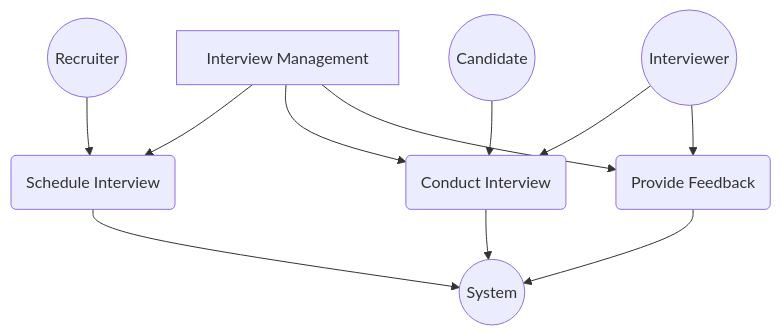
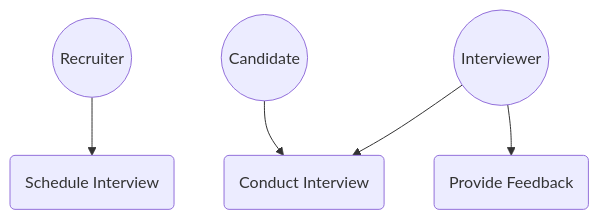
One commit to rgarciademarina/AI4Devs-design-rgm changed the seventh of 26 diagrams in LTI-JACA/LTI-JACA.md. Above: the diagram before and after it, drawn with Mermaid. The commit also changed other lines of this file and 1 other file, not shown here.

Commit message:
Improve diagrams after feedback provided in class to make them more consistent

````diff
--- a/LTI-JACA/LTI-JACA.md
+++ b/LTI-JACA/LTI-JACA.md
@@ -620,16 +571,7 @@
 ```mermaid
 graph TD
-    A[Interview Management]
-    A --> B(Schedule Interview)
-    A --> C(Conduct Interview)
-    A --> D(Provide Feedback)
-    
-    B --> E((System))
-    C --> E
-    D --> E
-    
-    F((Recruiter)) --> B
-    G((Interviewer)) --> C
-    G --> D
+    F((Recruiter)) --> B(Schedule Interview)
+    G((Interviewer)) --> C(Conduct Interview)
+    G --> D(Provide Feedback)
     H((Candidate)) --> C
 ```
````
